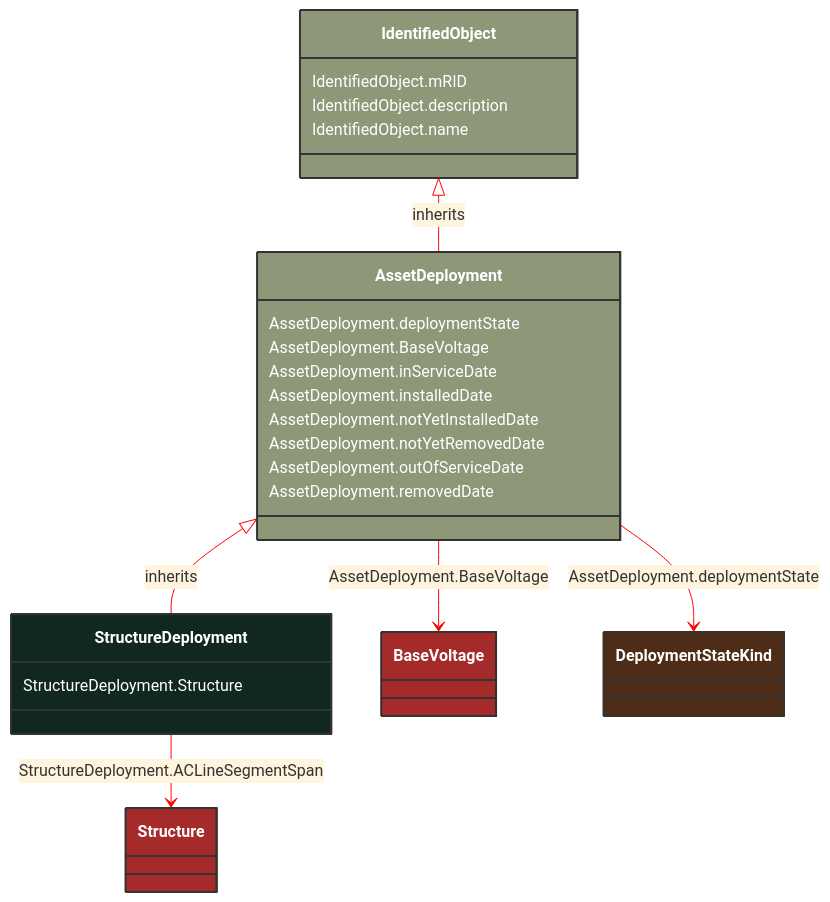
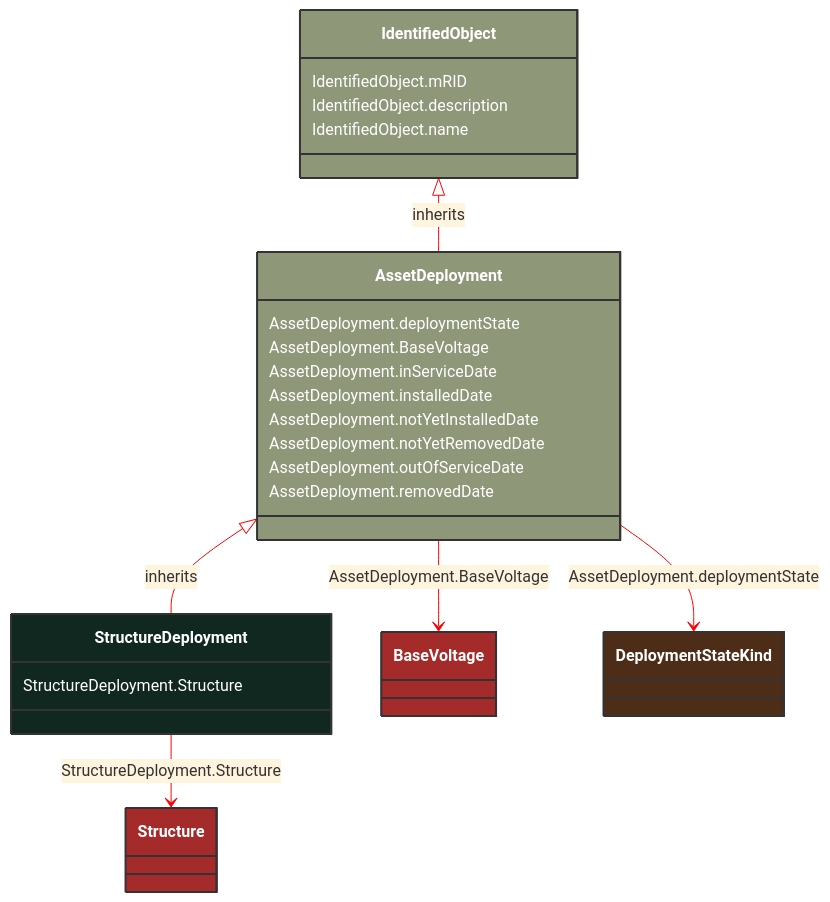
One commit to 3lbits/NoCIMExtensions changed the diagram in docs/Models/Profiles/AviationObstacle/ConcreteClasses/StructureDeployment.md. Above: the diagram before and after it, drawn with Mermaid. The commit also changed 248 other files, not shown here.

````diff
--- a/docs/Models/Profiles/AviationObstacle/ConcreteClasses/StructureDeployment.md
+++ b/docs/Models/Profiles/AviationObstacle/ConcreteClasses/StructureDeployment.md
@@ -8,45 +8,45 @@
 ```mermaid
 %%{init: {'theme':'base','themeVariables': {'lineColor': '#FF0000'}}}%%
 classDiagram
     class StructureDeployment
     click StructureDeployment href "/Models/Profiles/AviationObstacle/ConcreteClasses/StructureDeployment/"
     style StructureDeployment fill:#102820,stroke:#333,stroke-width:2px,rx:10,ry:10,color:white
      
         AssetDeployment <|-- StructureDeployment : inherits
             click AssetDeployment href "/Models/Profiles/AviationObstacle/ConcreteClasses/AssetDeployment/"
             style AssetDeployment fill:#8F9779,stroke:#333,stroke-width:2px,rx:10,ry:10,color:white
      
         IdentifiedObject <|-- AssetDeployment : inherits
             click IdentifiedObject href "/Models/Profiles/AviationObstacle/AbstractClasses/IdentifiedObject/"
             style IdentifiedObject fill:#8F9779,stroke:#333,stroke-width:2px,rx:10,ry:10,color:white
 
-        StructureDeployment --> Structure : StructureDeployment.ACLineSegmentSpan
+        StructureDeployment --> Structure : StructureDeployment.Structure
 
         Structure
             click Structure href "/Models/Profiles/AviationObstacle/AbstractClasses/Structure/"
             style Structure fill:#A52A2A,stroke:#333,stroke-width:2px,rx:10,ry:10,color:white
         AssetDeployment --> BaseVoltage : AssetDeployment.BaseVoltage
 
         BaseVoltage
             click BaseVoltage href "/Models/Profiles/AviationObstacle/ConcreteClasses/BaseVoltage/"
             style BaseVoltage fill:#A52A2A,stroke:#333,stroke-width:2px,rx:10,ry:10,color:white
 
         AssetDeployment --> DeploymentStateKind : AssetDeployment.deploymentState
 
         DeploymentStateKind
             click DeploymentStateKind href "/Models/Profiles/AviationObstacle/Enumerations/DeploymentStateKind/"
             style DeploymentStateKind fill:#4D2D18,stroke:#333,stroke-width:2px,rx:10,ry:10,color:white
 
         StructureDeployment : StructureDeployment.Structure
         AssetDeployment : AssetDeployment.deploymentState
         AssetDeployment : AssetDeployment.BaseVoltage
         AssetDeployment : AssetDeployment.inServiceDate
         AssetDeployment : AssetDeployment.installedDate
         AssetDeployment : AssetDeployment.notYetInstalledDate
         AssetDeployment : AssetDeployment.notYetRemovedDate
         AssetDeployment : AssetDeployment.outOfServiceDate
         AssetDeployment : AssetDeployment.removedDate
         IdentifiedObject : IdentifiedObject.mRID
         IdentifiedObject : IdentifiedObject.description
         IdentifiedObject : IdentifiedObject.name
 ```
````
